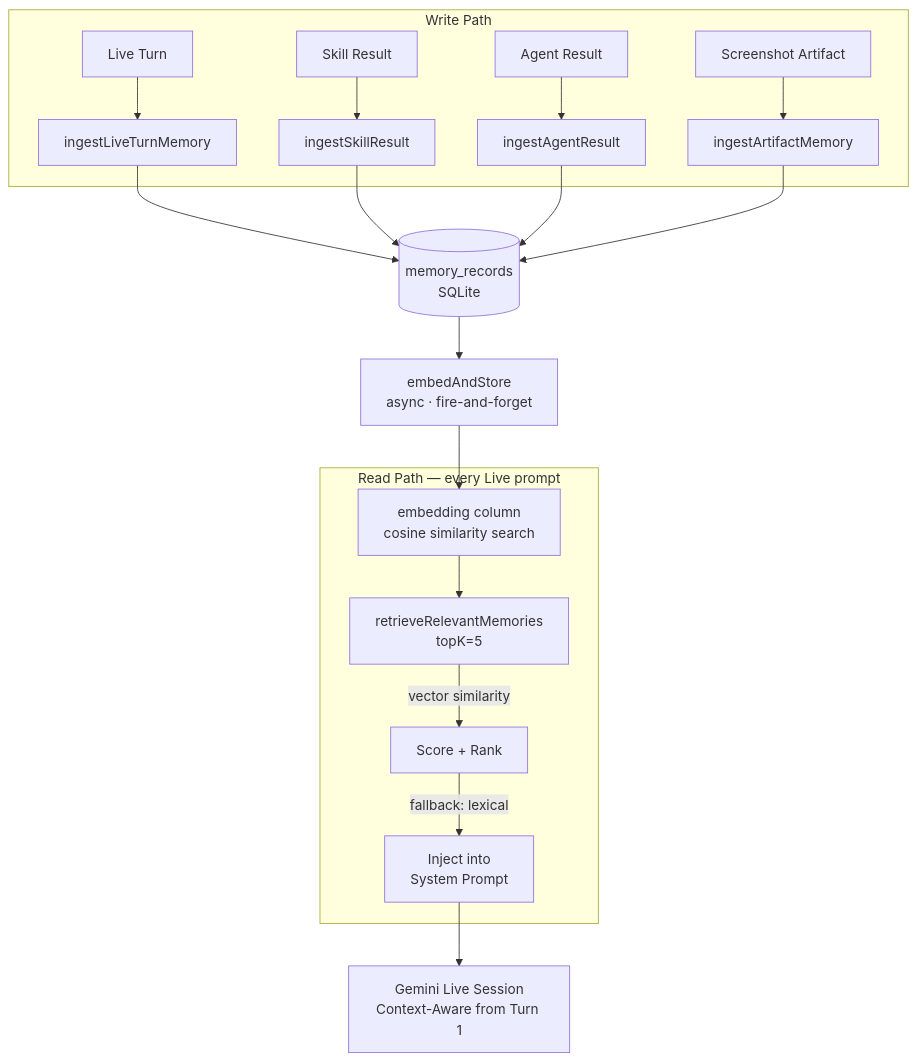
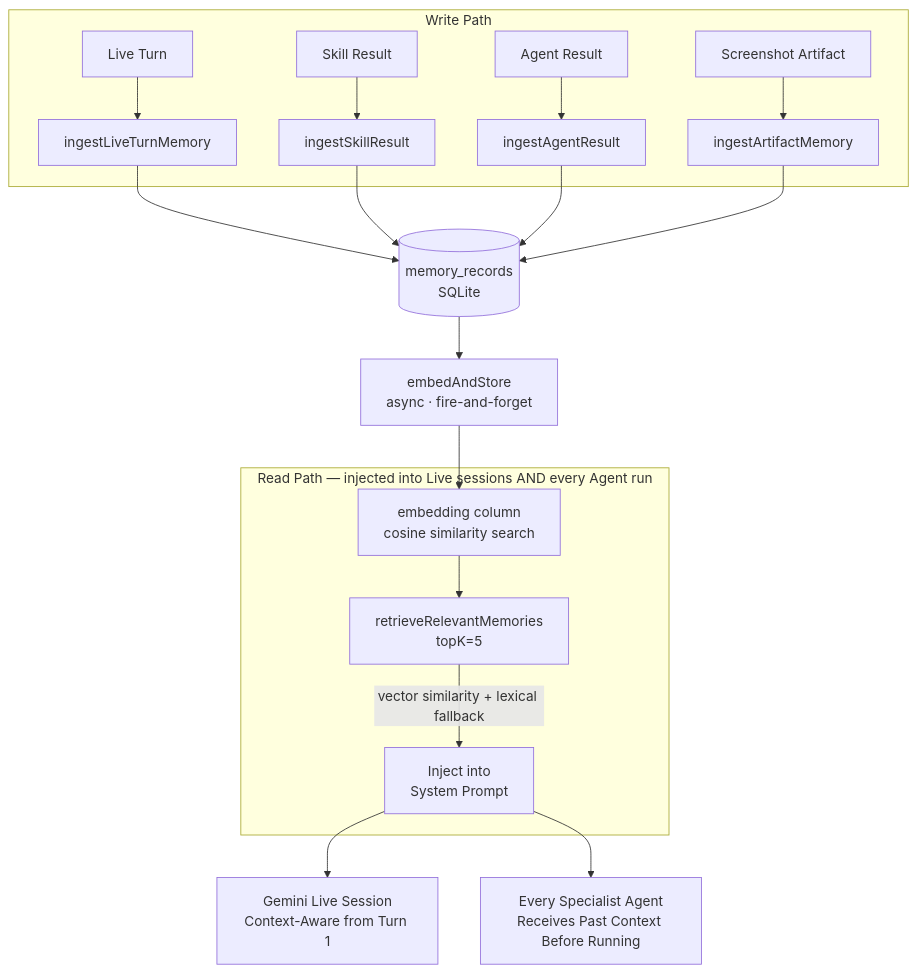
One commit to Vrun-design/Crewmate-AI changed the third of 4 diagrams in README.md. Above: the diagram before and after it, drawn with Mermaid. The commit also changed other lines of this file and 42 other files, not shown here.

````diff
--- a/README.md
+++ b/README.md
@@ -172,22 +186,22 @@
 ```mermaid
 flowchart TD
     subgraph WritePath["Write Path"]
         LT["Live Turn"] --> ING1["ingestLiveTurnMemory"]
         SK["Skill Result"] --> ING2["ingestSkillResult"]
         AG["Agent Result"] --> ING3["ingestAgentResult"]
         ART["Screenshot Artifact"] --> ING4["ingestArtifactMemory"]
     end
     
     ING1 & ING2 & ING3 & ING4 --> STORE[("memory_records\nSQLite")]
     STORE --> EMB["embedAndStore\nasync · fire-and-forget"]
     EMB --> VEC["embedding column\ncosine similarity search"]
     
-    subgraph ReadPath["Read Path — every Live prompt"]
+    subgraph ReadPath["Read Path — injected into Live sessions AND every Agent run"]
         RETRIEVE["retrieveRelevantMemories\ntopK=5"]
         VEC --> RETRIEVE
-        RETRIEVE -->|"vector similarity"| RANKER["Score + Rank"]
-        RANKER -->|"fallback: lexical"| INJECT["Inject into\nSystem Prompt"]
+        RETRIEVE -->|"vector similarity + lexical fallback"| INJECT["Inject into\nSystem Prompt"]
     end
-    
+
     INJECT --> LIVE_PROMPT["Gemini Live Session\nContext-Aware from Turn 1"]
+    INJECT --> AGENT_PROMPT["Every Specialist Agent\nReceives Past Context Before Running"]
 ```
````
